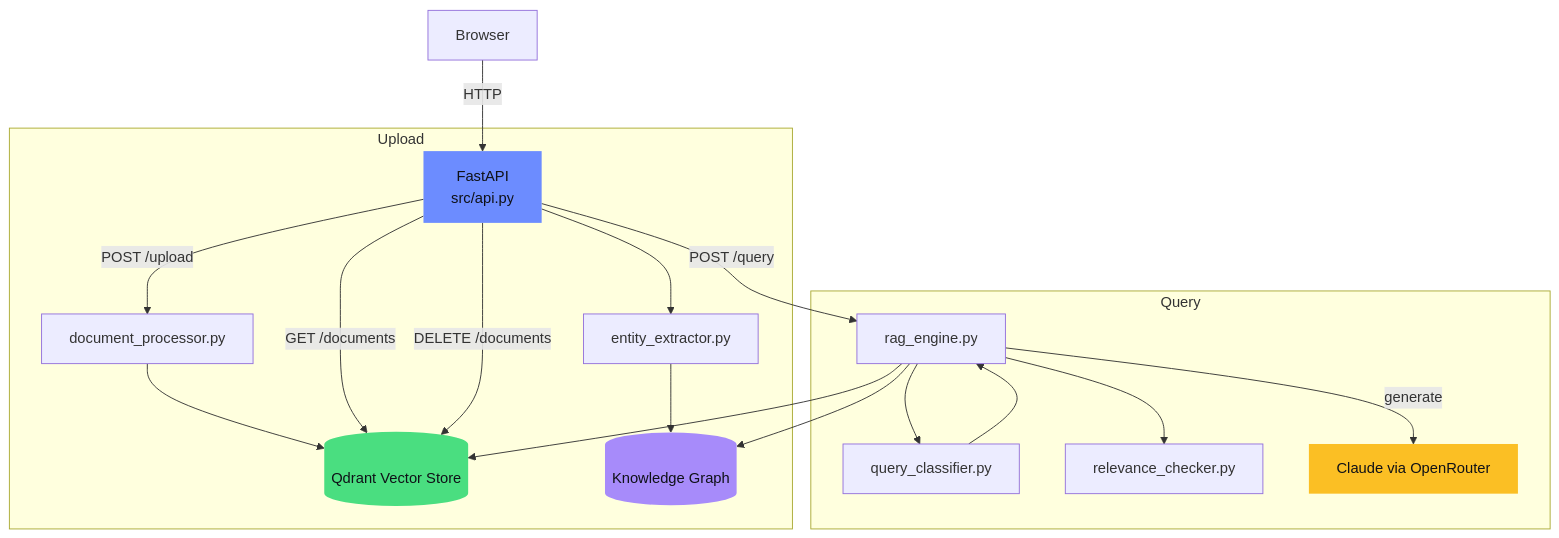
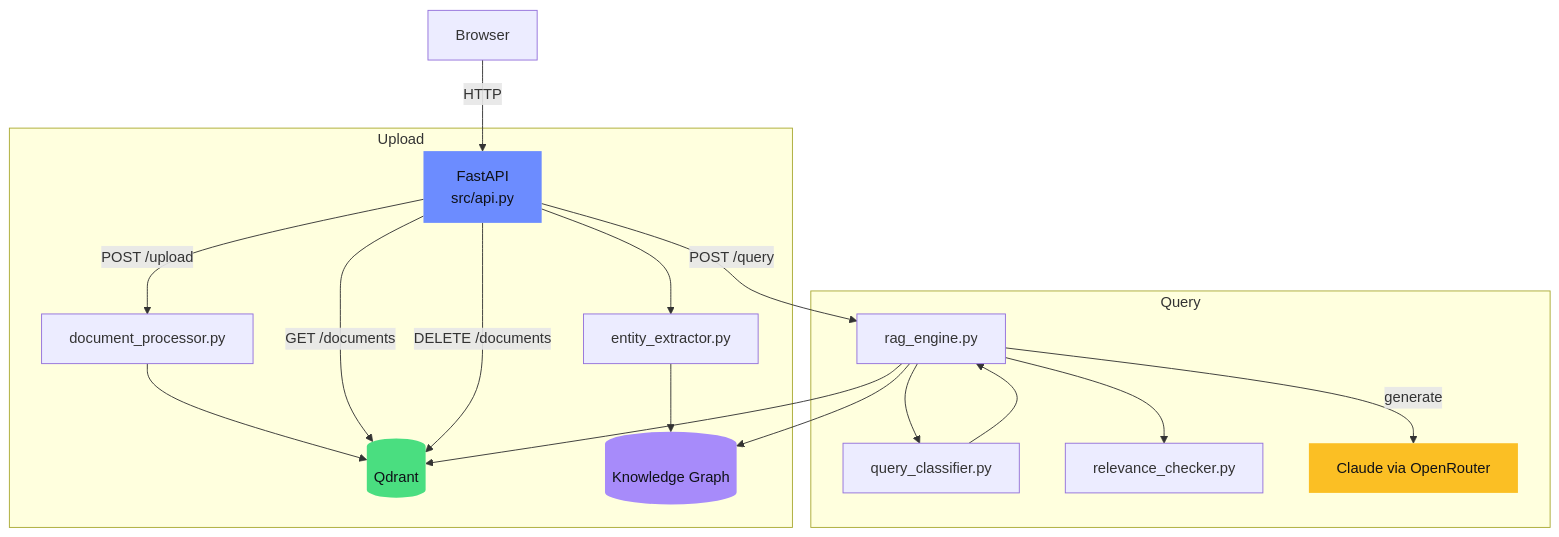
Before and after one commit to mj-deving/rag-hybrid-chatbot: the third of 3 diagrams in README.md, drawn with Mermaid. The commit also changed other lines of this file, not shown here.

Commit message:
docs: translate README to English, fix Mermaid diagram centering (LR→TD)

````diff
--- a/README.md
+++ b/README.md
@@ -120,29 +120,29 @@
 ```mermaid
 flowchart TB
     Browser -->|HTTP| API[FastAPI\nsrc/api.py]
 
     subgraph Upload
         API -->|POST /upload| DP[document_processor.py]
-        DP --> VS[(Qdrant Vector Store)]
+        DP --> VS[(Qdrant)]
         API --> EE[entity_extractor.py]
         EE --> KG[(Knowledge Graph)]
     end
 
     subgraph Query
         API -->|POST /query| RE[rag_engine.py]
         RE --> QC[query_classifier.py]
         QC --> RE
         RE --> VS
         RE --> KG
         RE --> RC[relevance_checker.py]
         RE -->|generate| LLM[Claude via OpenRouter]
     end
 
     API -->|GET /documents| VS
     API -->|DELETE /documents| VS
 
     style API fill:#6c8cff,color:#0f1117,stroke:none
     style VS fill:#4ade80,color:#0f1117,stroke:none
     style KG fill:#a78bfa,color:#0f1117,stroke:none
     style LLM fill:#fbbf24,color:#0f1117,stroke:none
 ```
````
